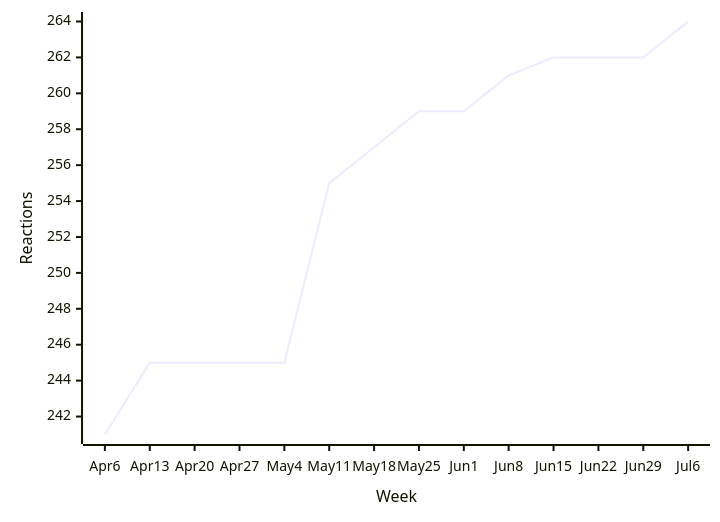
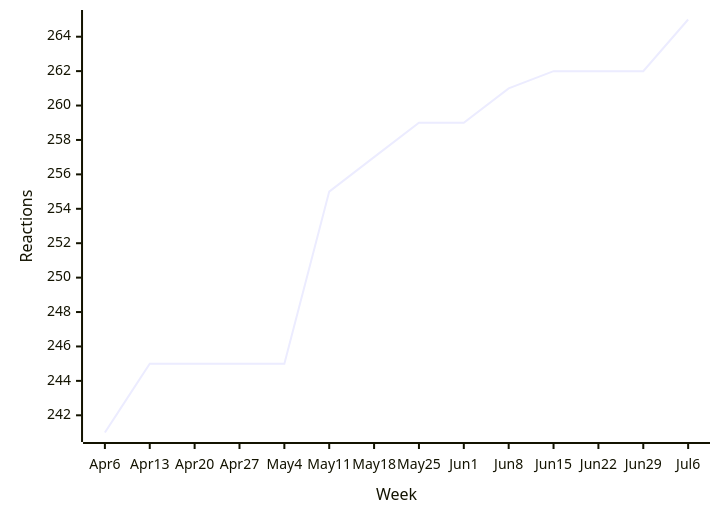
Before and after one commit to loic-sharma/github-insights: the sixth of 48 diagrams in README.md, drawn with Mermaid. The commit also changed other lines of this file and 3 other files, not shown here.

````diff
--- a/README.md
+++ b/README.md
@@ -424,6 +424,6 @@
   ```mermaid
   xychart-beta
     x-axis "Week" [Apr 6, Apr 13, Apr 20, Apr 27, May 4, May 11, May 18, May 25, Jun 1, Jun 8, Jun 15, Jun 22, Jun 29, Jul 6]
     y-axis "Reactions"
-    line [241, 245, 245, 245, 245, 255, 257, 259, 259, 261, 262, 262, 262, 264]
+    line [241, 245, 245, 245, 245, 255, 257, 259, 259, 261, 262, 262, 262, 265]
   ```
````
